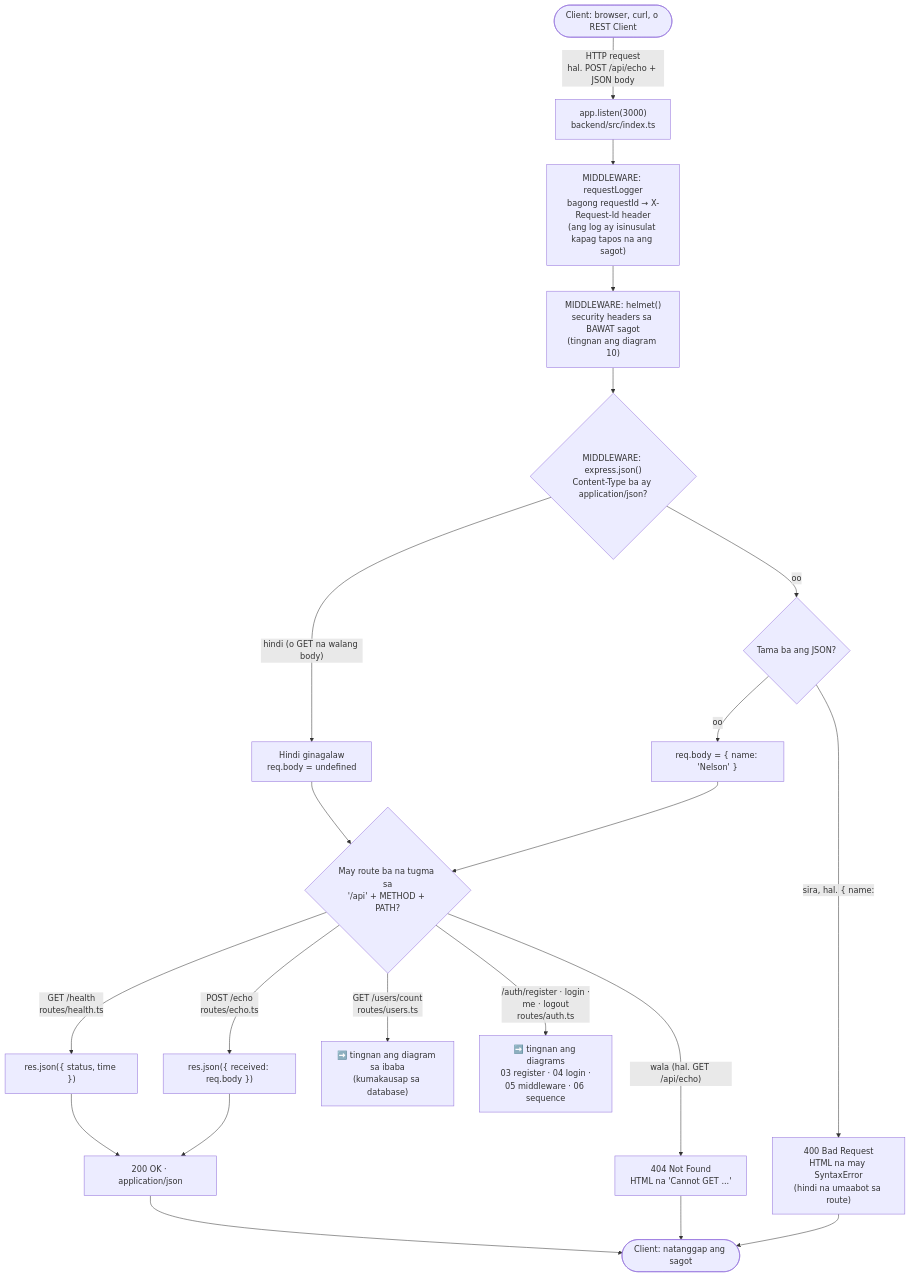
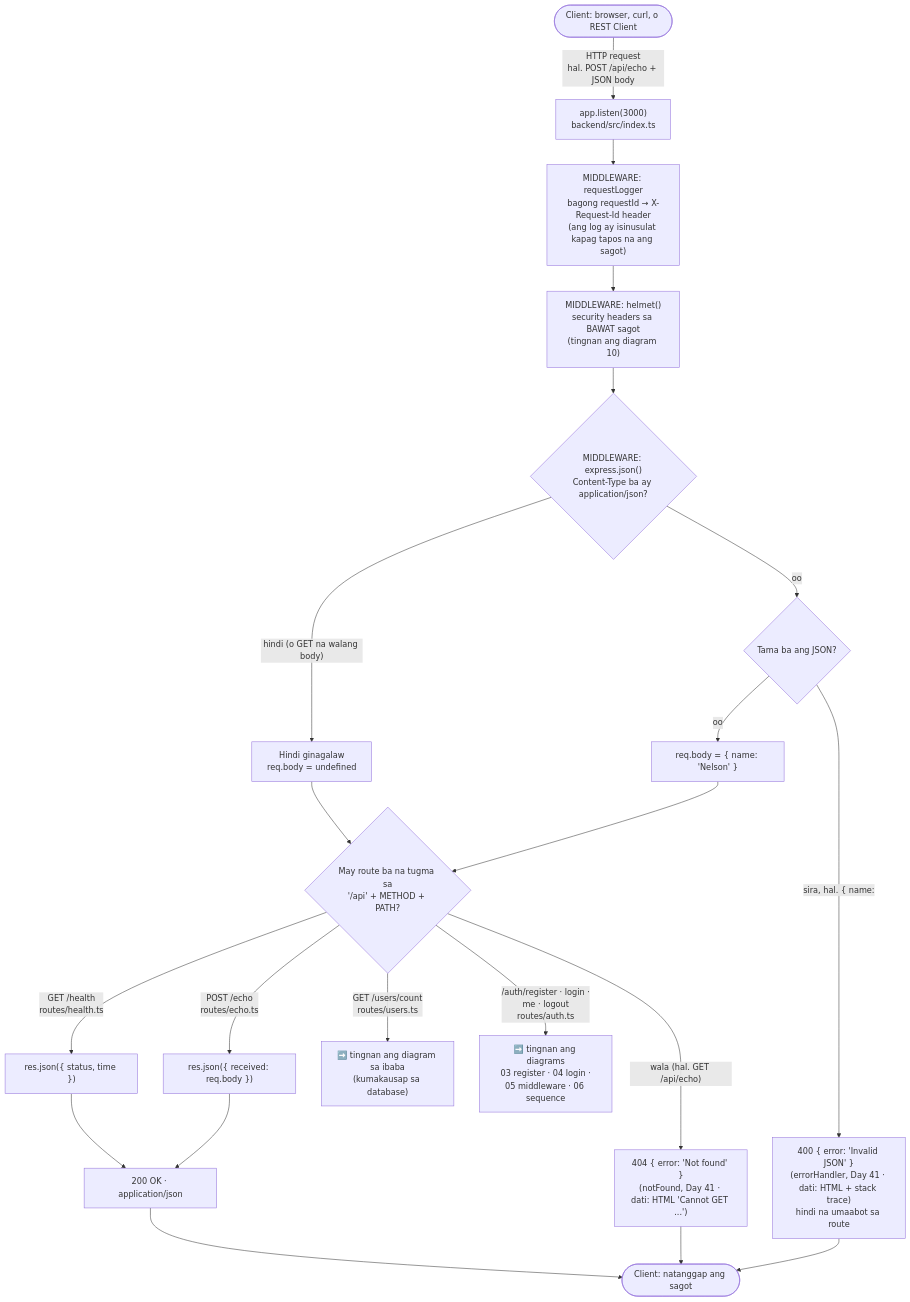
The first of 3 diagrams in docs/diagrams/01-request-lifecycle.md (nelson1869-ai/auth-learning), drawn with Mermaid before and after one commit. The commit also changed other lines of this file and 11 other files, not shown here.

````diff
--- a/docs/diagrams/01-request-lifecycle.md
+++ b/docs/diagrams/01-request-lifecycle.md
@@ -10,23 +10,23 @@
 ```mermaid
 flowchart TD
     Start(["Client: browser, curl, o REST Client"]) -->|"HTTP request<br/>hal. POST /api/echo + JSON body"| Listen["app.listen(3000)<br/>backend/src/index.ts"]
     Listen --> Log["MIDDLEWARE: requestLogger<br/>bagong requestId → X-Request-Id header<br/>(ang log ay isinusulat kapag tapos na ang sagot)"]
     Log --> Helmet["MIDDLEWARE: helmet()<br/>security headers sa BAWAT sagot<br/>(tingnan ang diagram 10)"]
     Helmet --> Json{"MIDDLEWARE: express.json()<br/>Content-Type ba ay application/json?"}
     Json -->|"hindi (o GET na walang body)"| Skip["Hindi ginagalaw<br/>req.body = undefined"]
     Json -->|"oo"| Parse{"Tama ba ang JSON?"}
     Parse -->|"oo"| Body["req.body = { name: 'Nelson' }"]
-    Parse -->|"sira, hal. { name:"| Bad["400 Bad Request<br/>HTML na may SyntaxError<br/>(hindi na umaabot sa route)"]
+    Parse -->|"sira, hal. { name:"| Bad["400 { error: 'Invalid JSON' }<br/>(errorHandler, Day 41 · dati: HTML + stack trace)<br/>hindi na umaabot sa route"]
     Skip --> Match
     Body --> Match{"May route ba na tugma sa<br/>'/api' + METHOD + PATH?"}
     Match -->|"GET /health<br/>routes/health.ts"| Health["res.json({ status, time })"]
     Match -->|"POST /echo<br/>routes/echo.ts"| Echo["res.json({ received: req.body })"]
     Match -->|"GET /users/count<br/>routes/users.ts"| Users["➡️ tingnan ang diagram sa ibaba<br/>(kumakausap sa database)"]
     Match -->|"/auth/register · login ·<br/>me · logout<br/>routes/auth.ts"| AuthR["➡️ tingnan ang diagrams<br/>03 register · 04 login ·<br/>05 middleware · 06 sequence"]
-    Match -->|"wala (hal. GET /api/echo)"| NotFound["404 Not Found<br/>HTML na 'Cannot GET ...'"]
+    Match -->|"wala (hal. GET /api/echo)"| NotFound["404 { error: 'Not found' }<br/>(notFound, Day 41 · dati: HTML 'Cannot GET ...')"]
     Health --> OK["200 OK · application/json"]
     Echo --> OK
     OK --> Done(["Client: natanggap ang sagot"])
     Bad --> Done
     NotFound --> Done
 ```
````
